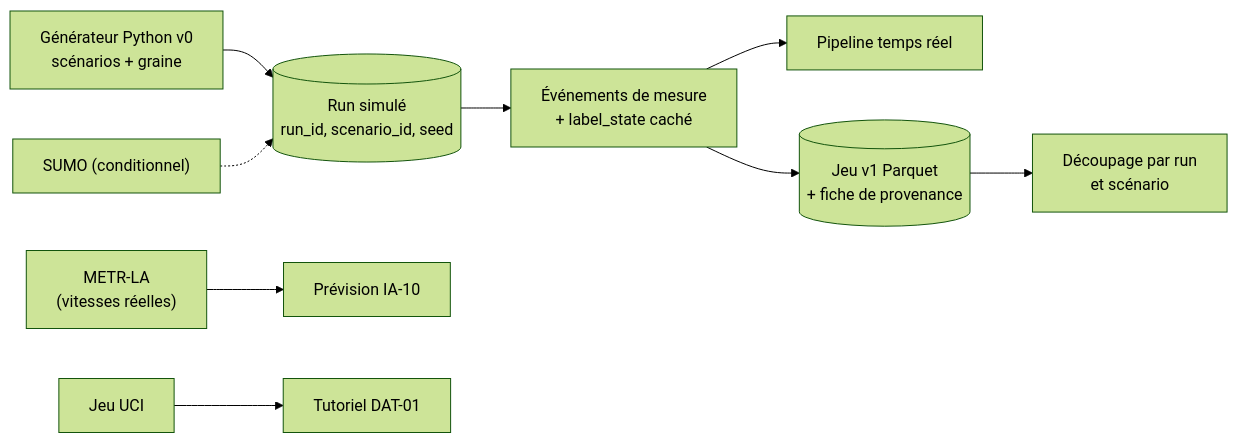
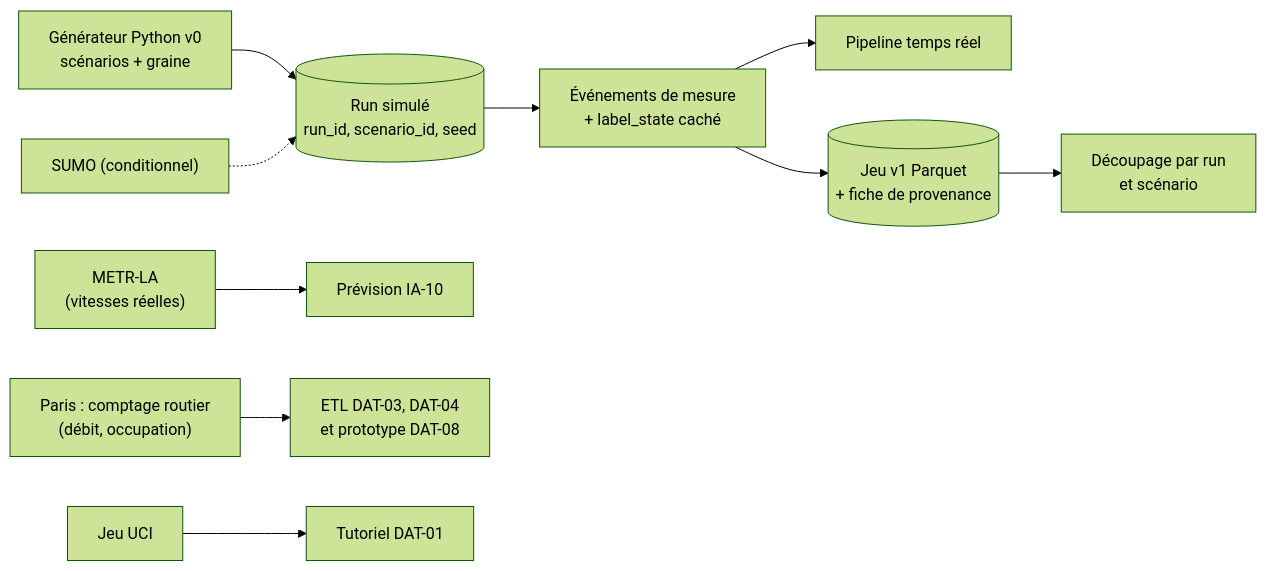
Before and after one commit to RobelManoa/novaria-core: the diagram in docs/01-architecture/adr/ADR-027-jeux-de-donnees-et-provenance.md, drawn with Mermaid (forest theme). The commit also changed other lines of this file and 67 other files, not shown here.

````diff
--- a/docs/01-architecture/adr/ADR-027-jeux-de-donnees-et-provenance.md
+++ b/docs/01-architecture/adr/ADR-027-jeux-de-donnees-et-provenance.md
@@ -58,11 +61,12 @@
 ```mermaid
 flowchart LR
     GEN["Générateur Python v0<br/>scénarios + graine"] --> RUN[(Run simulé<br/>run_id, scenario_id, seed)]
     RUN --> EV[Événements de mesure<br/>+ label_state caché]
     EV --> BUS[Pipeline temps réel]
     EV --> DS[(Jeu v1 Parquet<br/>+ fiche de provenance)]
     SUMO["SUMO (conditionnel)"] -.-> RUN
     REAL["METR-LA<br/>(vitesses réelles)"] --> FC[Prévision IA-10]
+    PARIS["Paris : comptage routier<br/>(débit, occupation)"] --> ETL["ETL DAT-03, DAT-04<br/>et prototype DAT-08"]
     UCI["Jeu UCI"] --> TUT[Tutoriel DAT-01]
     DS --> SPLIT["Découpage par run<br/>et scénario"]
 ```
````
